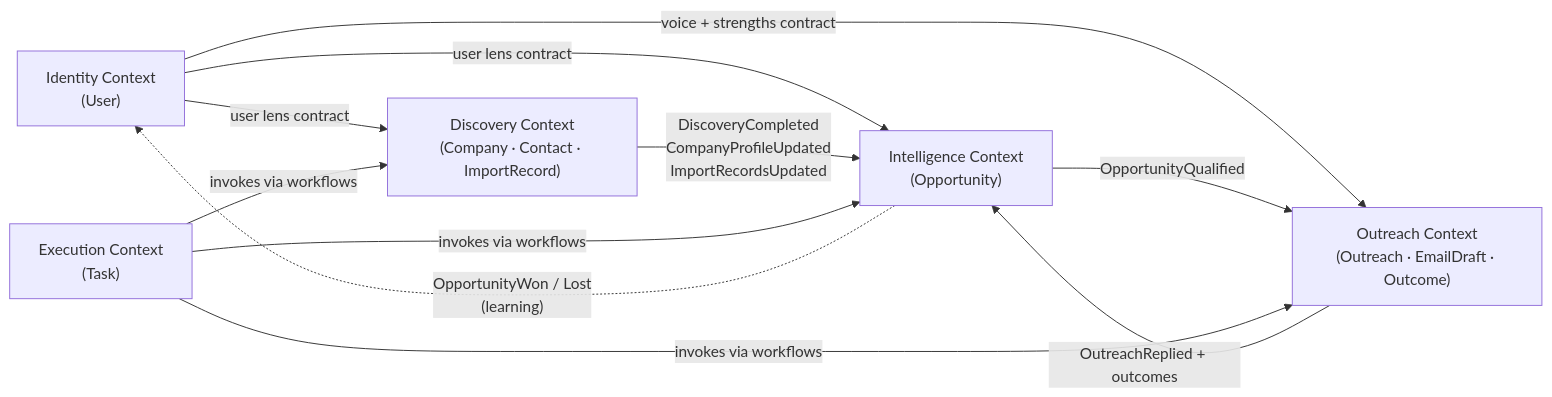
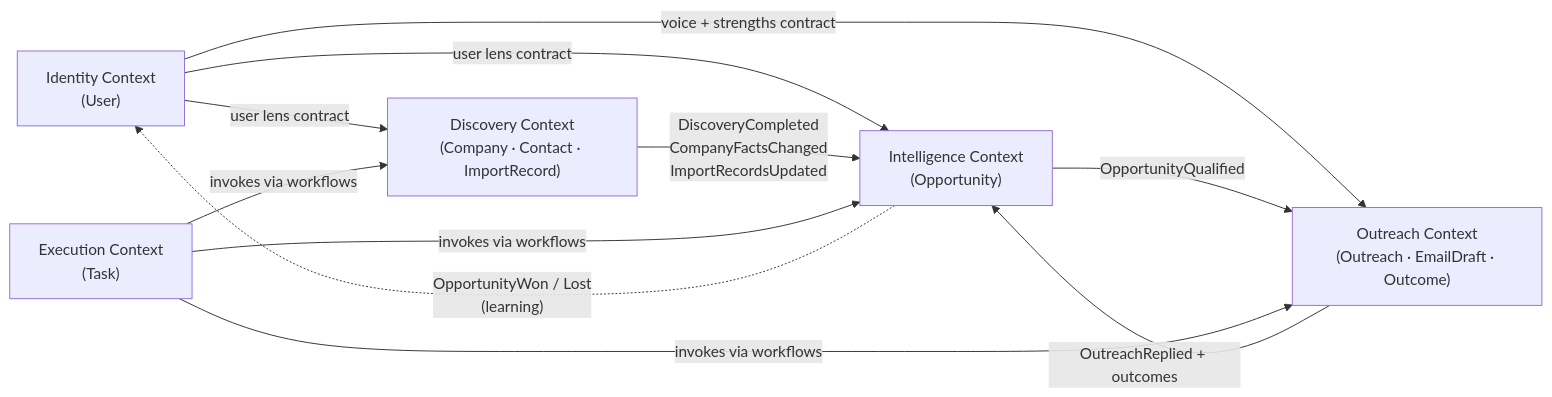
The first of 2 diagrams in docs/business-domain.md (Lcc-CL/us-importer-hunter), drawn with Mermaid before and after one commit. The commit also changed other lines of this file and 28 other files, not shown here.

````diff
--- a/docs/business-domain.md
+++ b/docs/business-domain.md
@@ -152,19 +152,19 @@
 ```mermaid
 graph LR
     ID["Identity Context<br/>(User)"]
     DIS["Discovery Context<br/>(Company · Contact · ImportRecord)"]
     INT["Intelligence Context<br/>(Opportunity)"]
     OUT["Outreach Context<br/>(Outreach · EmailDraft · Outcome)"]
     EXE["Execution Context<br/>(Task)"]
 
     ID -->|"user lens contract"| DIS
     ID -->|"user lens contract"| INT
     ID -->|"voice + strengths contract"| OUT
-    DIS -->|"DiscoveryCompleted<br/>CompanyProfileUpdated<br/>ImportRecordsUpdated"| INT
+    DIS -->|"DiscoveryCompleted<br/>CompanyFactsChanged<br/>ImportRecordsUpdated"| INT
     INT -->|"OpportunityQualified"| OUT
     OUT -->|"OutreachReplied + outcomes"| INT
     INT -.->|"OpportunityWon / Lost<br/>(learning)"| ID
     EXE -->|"invokes via workflows"| DIS
     EXE -->|"invokes via workflows"| INT
     EXE -->|"invokes via workflows"| OUT
 ```
````
